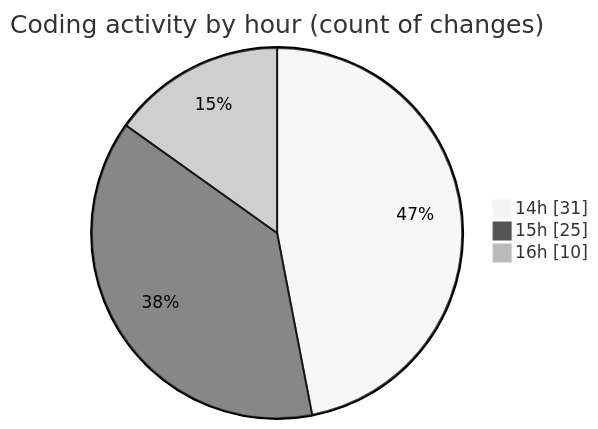
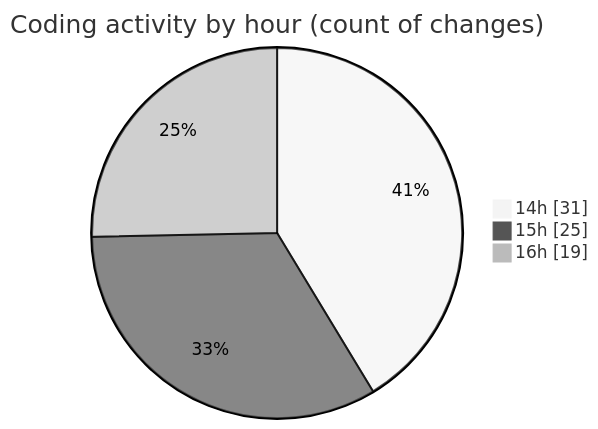
One commit to momahboobian/code-tracking changed the second of 2 diagrams in 2026-05-11/cda/README.md. Above: the diagram before and after it, drawn with Mermaid (neutral theme). The commit also changed other lines of this file and 1 other file, not shown here.

````diff
--- a/2026-05-11/cda/README.md
+++ b/2026-05-11/cda/README.md
@@ -48,7 +49,7 @@
 ```mermaid
 pie showData
 title Coding activity by hour (count of changes)
 "14h" : 31
 "15h" : 25
-"16h" : 10
+"16h" : 19
 ```
````
